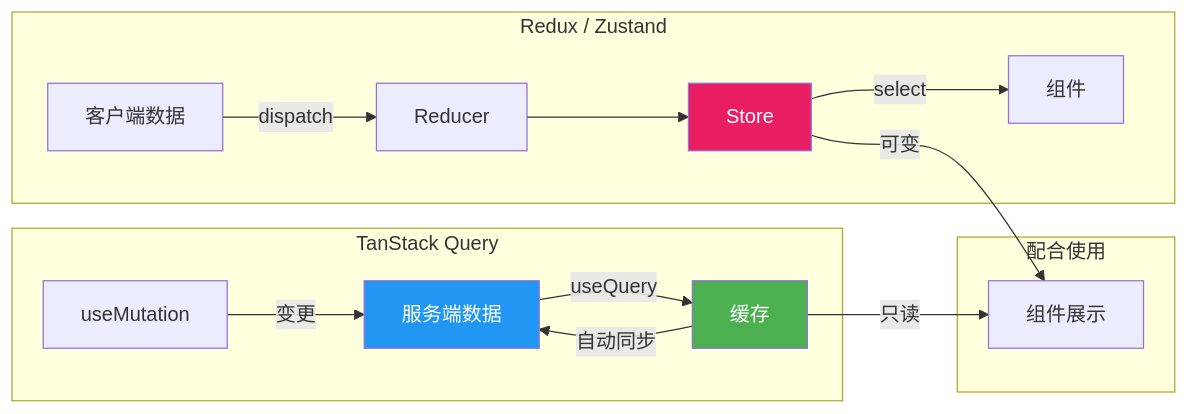
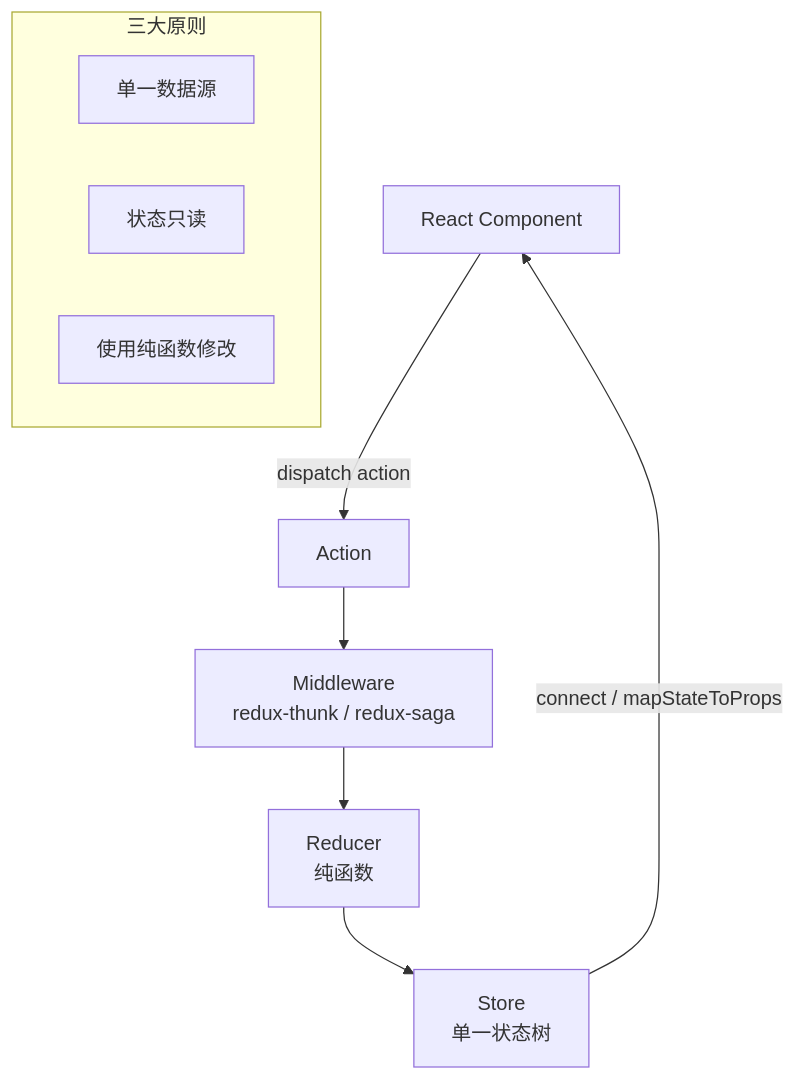
One commit to KMaybe01/common changed diagram 15 of 21 in 00-基础常识/05-React-详解版.md. Above: the diagram before and after it, drawn with Mermaid. The commit also changed other lines of this file and 10 other files, not shown here.

````diff
--- a/00-基础常识/05-React-详解版.md
+++ b/00-基础常识/05-React-详解版.md
@@ -1444,23 +977,14 @@
 ```mermaid
-graph LR
-    subgraph "TanStack Query"
-        A["服务端数据"] -->|useQuery| B["缓存"]
-        B -->|自动同步| A
-        C["useMutation"] -->|变更| A
+flowchart TD
+    A["React Component"] -->|dispatch action| B["Action"]
+    B --> C["Middleware<br/>redux-thunk / redux-saga"]
+    C --> D["Reducer<br/>纯函数"]
+    D --> E["Store<br/>单一状态树"]
+    E -->|connect / mapStateToProps| A
+
+    subgraph 三大原则
+        P1["单一数据源"]
+        P2["状态只读"]
+        P3["使用纯函数修改"]
     end
-
-    subgraph "Redux / Zustand"
-        D["客户端数据"] -->|dispatch| E["Reducer"]
-        E --> F["Store"]
-        F -->|select| G["组件"]
-    end
-
-    subgraph "配合使用"
-        B -->|只读| H["组件展示"]
-        F -->|可变| H
-    end
-
-    style A fill:#2196F3,color:#fff
-    style B fill:#4CAF50,color:#fff
-    style F fill:#E91E63,color:#fff
 ```
````
